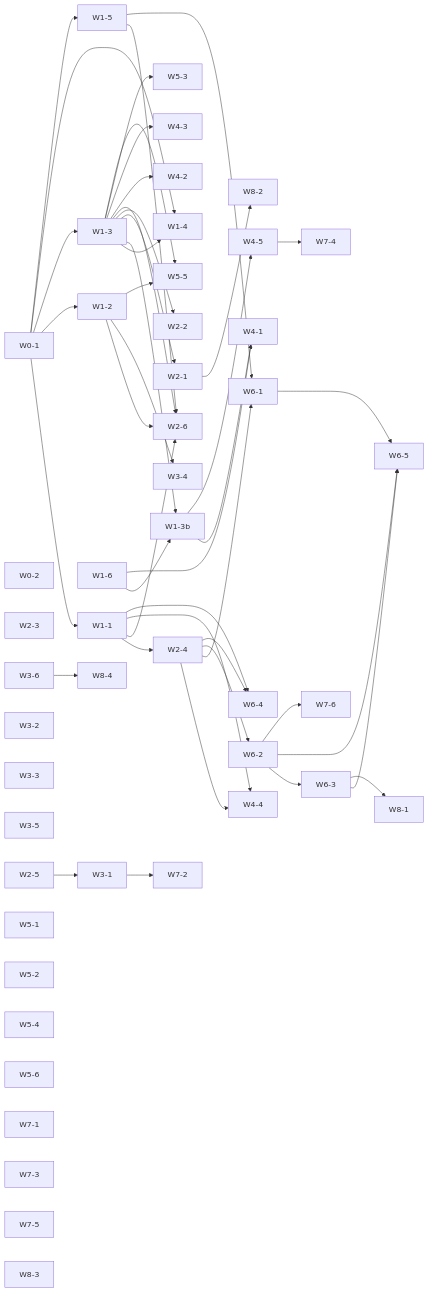
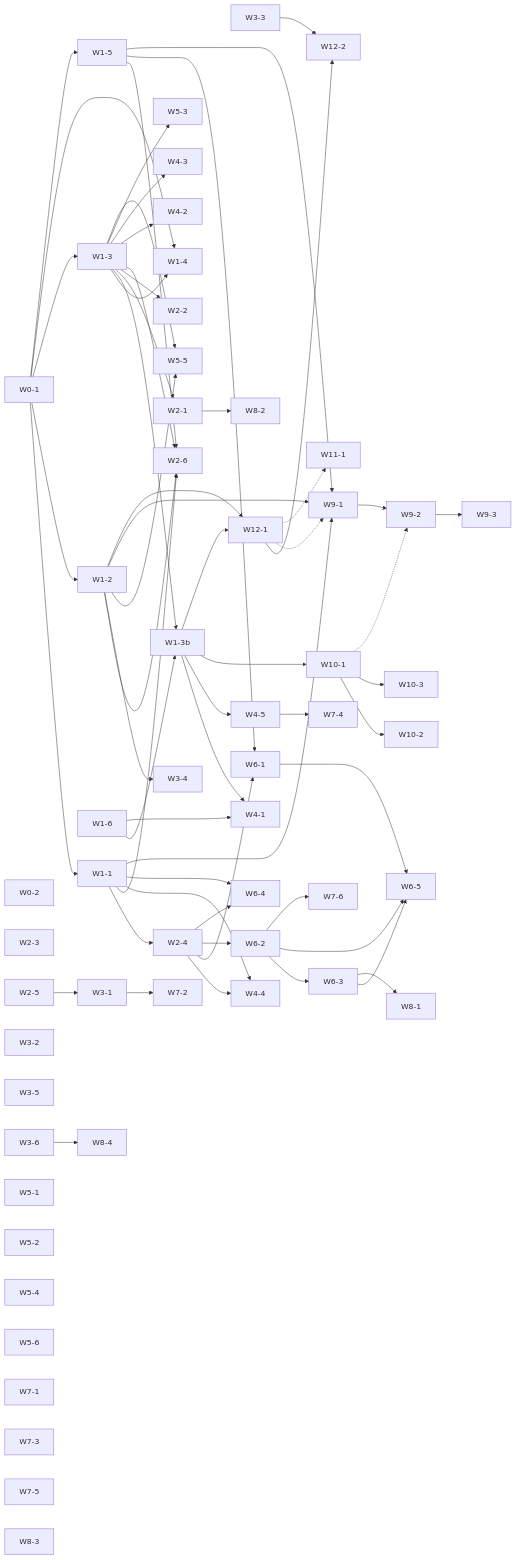
Before and after one commit to open-agentix/open-agentix: the diagram in docs/IMPLEMENTATION-PLAN.md, drawn with Mermaid. The commit also changed other lines of this file and 1 other file, not shown here.

````diff
--- a/docs/IMPLEMENTATION-PLAN.md
+++ b/docs/IMPLEMENTATION-PLAN.md
@@ -339,4 +358,28 @@
   W6_3 --> W8_1
   W2_1 --> W8_2
   W3_6 --> W8_4
+  W9_1["W9-1"]
+  W9_2["W9-2"]
+  W9_3["W9-3"]
+  W10_1["W10-1"]
+  W10_2["W10-2"]
+  W10_3["W10-3"]
+  W11_1["W11-1"]
+  W12_1["W12-1"]
+  W12_2["W12-2"]
+  W1_5 --> W9_1
+  W1_1 --> W9_1
+  W1_2 --> W9_1
+  W9_1 --> W9_2
+  W9_2 --> W9_3
+  W1_3b --> W10_1
+  W10_1 --> W10_2
+  W10_1 --> W10_3
+  W1_2 --> W12_1
+  W1_3b --> W12_1
+  W12_1 --> W12_2
+  W3_3 --> W12_2
+  W12_1 -.-> W9_1
+  W12_1 -.-> W11_1
+  W10_1 -.-> W9_2
 ```
````
